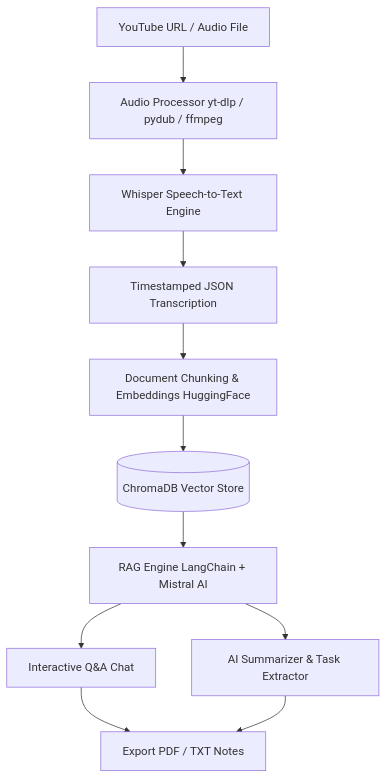
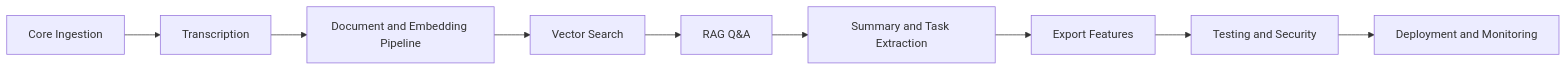
The seventh of 7 diagrams in README.md (nandan91531/lectura-ai), drawn with Mermaid before and after one commit. The commit also changed other lines of this file and 4 other files, not shown here.

````diff
--- a/README.md
+++ b/README.md
@@ -32,13 +917,11 @@
-```mermaid
-graph TD
-    A[YouTube URL / Audio File] --> B[Audio Processor yt-dlp / pydub / ffmpeg]
-    B --> C[Whisper Speech-to-Text Engine]
-    C --> D[Timestamped JSON Transcription]
-    D --> E[Document Chunking & Embeddings HuggingFace]
-    E --> F[(ChromaDB Vector Store)]
-    F --> G[RAG Engine LangChain + Mistral AI]
-    G --> H[Interactive Q&A Chat]
-    G --> I[AI Summarizer & Task Extractor]
-    H --> J[Export PDF / TXT Notes]
-    I --> J
+``` mermaid
+flowchart LR
+    A[Core Ingestion] --> B[Transcription]
+    B --> C[Document and Embedding Pipeline]
+    C --> D[Vector Search]
+    D --> E[RAG Q&A]
+    E --> F[Summary and Task Extraction]
+    F --> G[Export Features]
+    G --> H[Testing and Security]
+    H --> I[Deployment and Monitoring]
 ```
````
